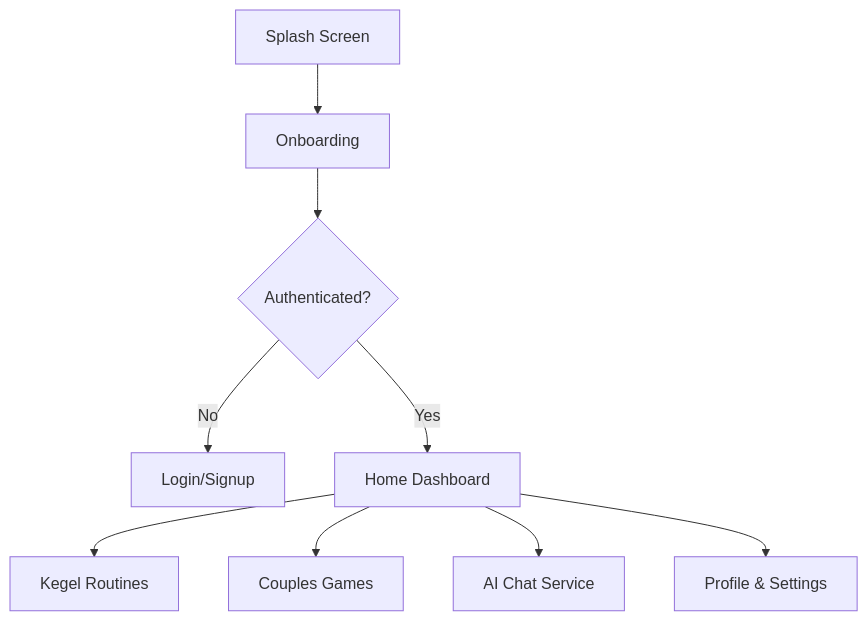
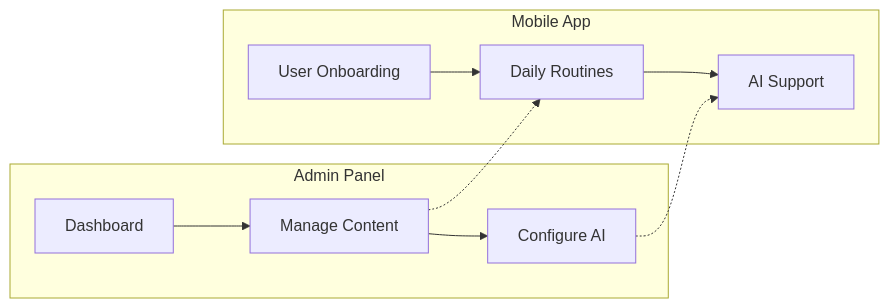
The diagram in README.md (HassanAmeer/velmora_health_app), drawn with Mermaid before and after one commit. The commit also changed other lines of this file, not shown here.

Commit message:
now admin demo added

````diff
--- a/README.md
+++ b/README.md
@@ -33,11 +45,15 @@
 ```mermaid
-graph TD
-    A[Splash Screen] --> B[Onboarding]
-    B --> C{Authenticated?}
-    C -- No --> D[Login/Signup]
-    C -- Yes --> E[Home Dashboard]
-    E --> F[Kegel Routines]
-    E --> G[Couples Games]
-    E --> H[AI Chat Service]
-    E --> I[Profile & Settings]
+graph LR
+    subgraph "Admin Panel"
+    A[Dashboard] --> B[Manage Content]
+    B --> C[Configure AI]
+    end
+    
+    subgraph "Mobile App"
+    D[User Onboarding] --> E[Daily Routines]
+    E --> F[AI Support]
+    end
+    
+    C -.-> F
+    B -.-> E
 ```
````
